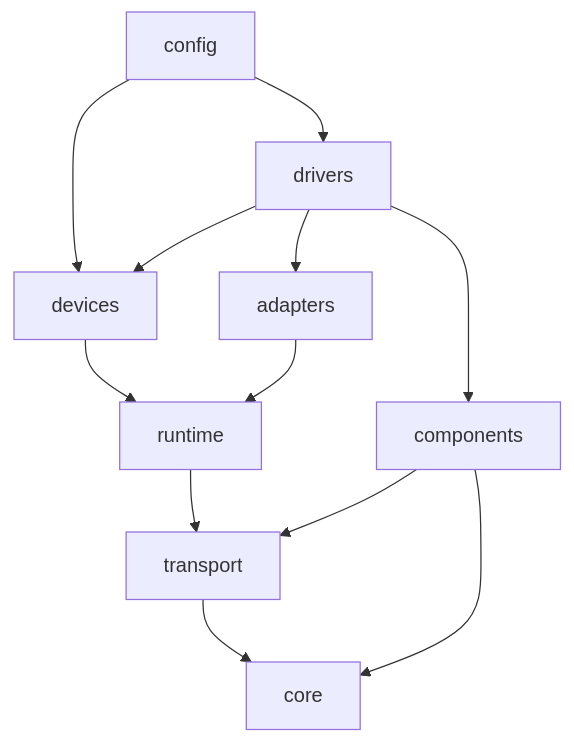
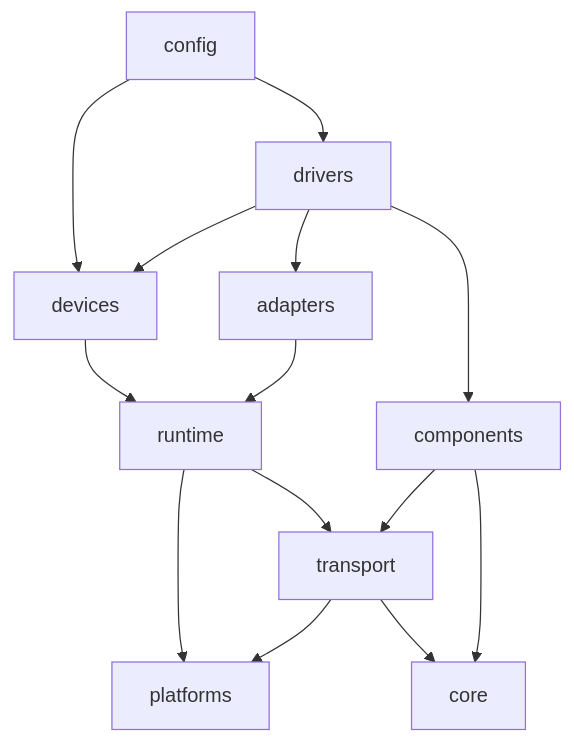
Before and after one commit to GrayFL/RSim: the diagram in docs/modules.md, drawn with Mermaid. The commit also changed other lines of this file and 100 other files, not shown here.

````diff
--- a/docs/modules.md
+++ b/docs/modules.md
@@ -48,14 +52,16 @@
 ```mermaid
 flowchart TD
     Config[config] --> Drivers[drivers]
     Config --> Devices[devices]
     Drivers --> Devices
     Drivers --> Adapters[adapters]
     Drivers --> Components[components]
     Devices --> Runtime[runtime]
     Adapters --> Runtime
     Runtime --> Transport[transport]
+    Runtime --> Platforms[platforms]
+    Transport --> Platforms
     Transport --> Core[core]
     Components[components] --> Core
     Components --> Transport
 ```
````
